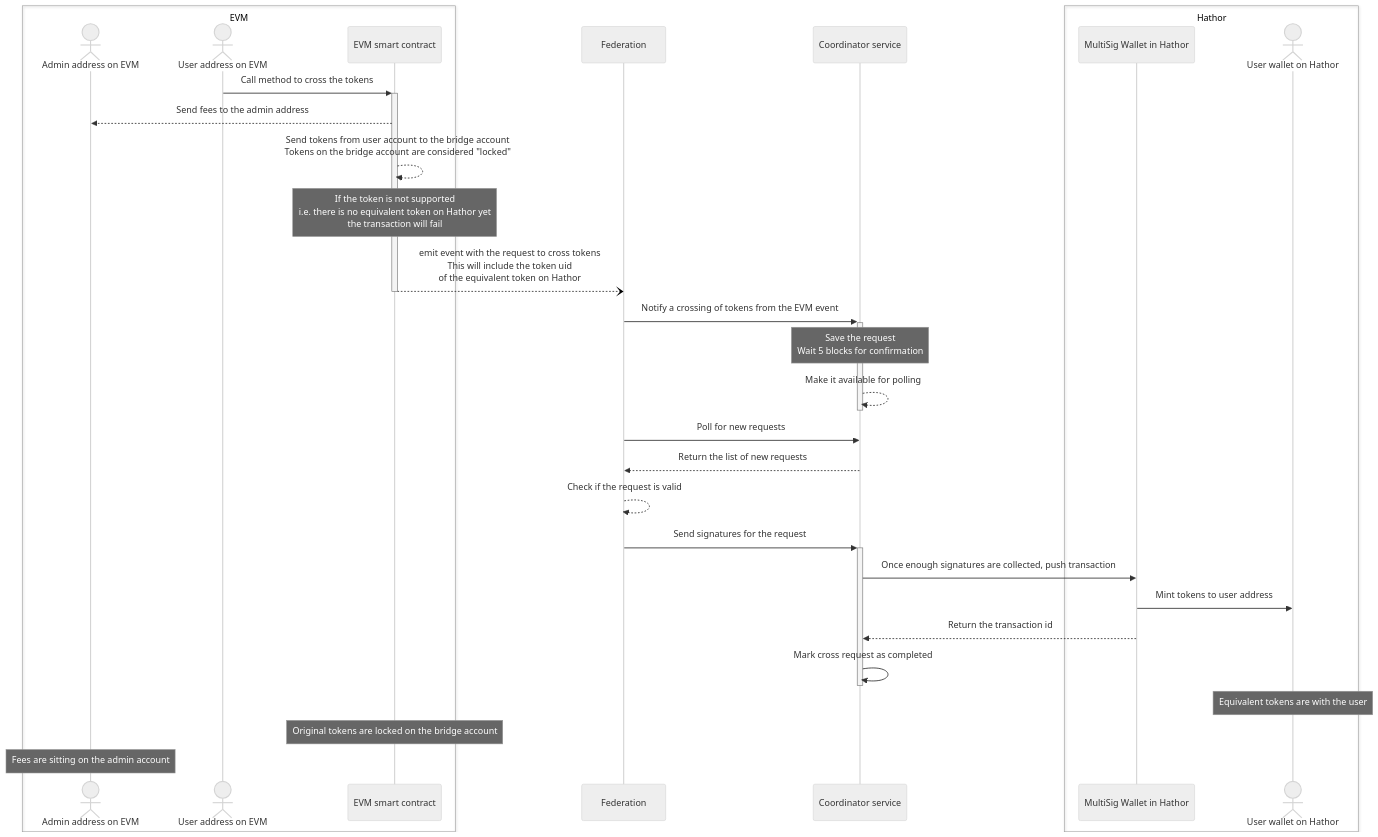
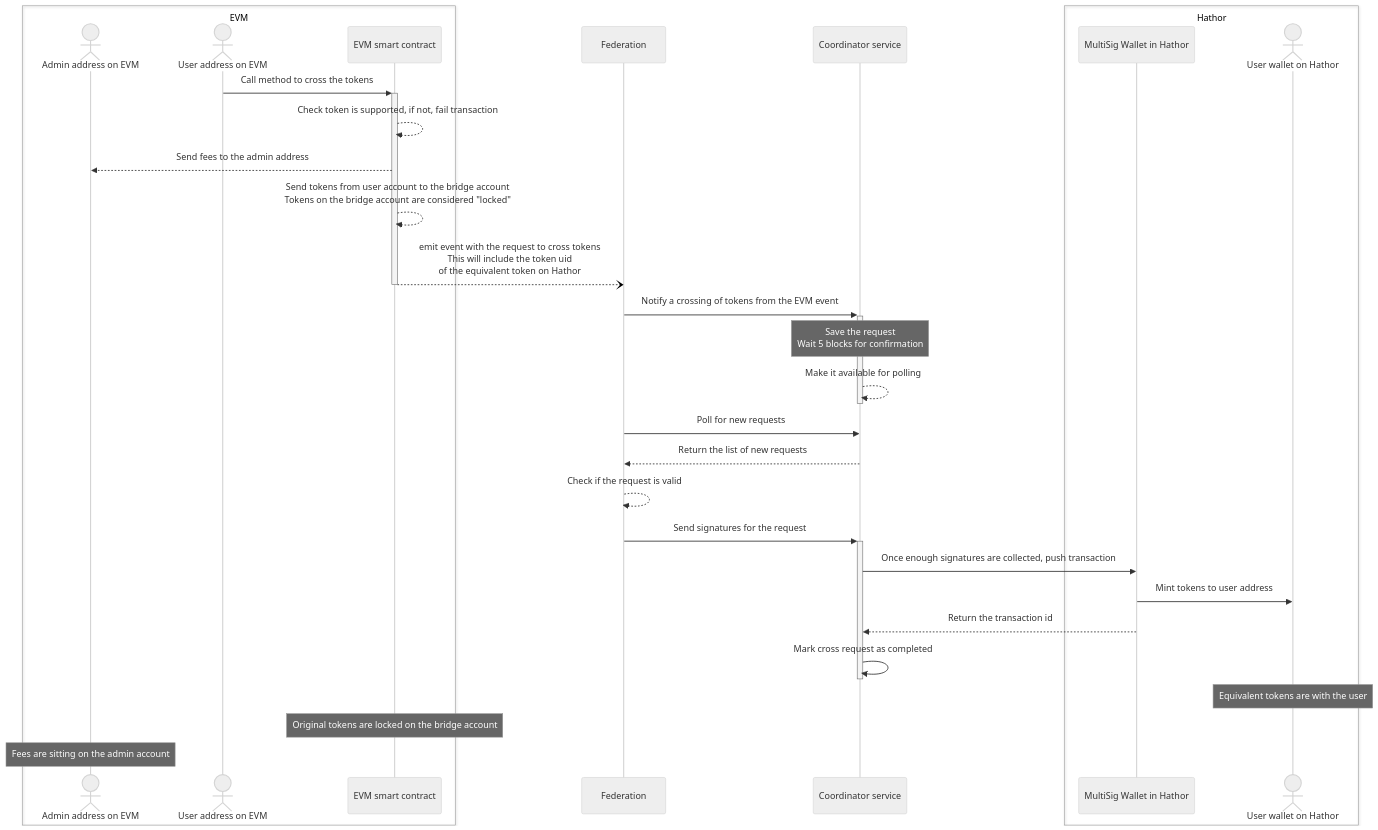
The fourth of 6 diagrams in projects/evm-compatible-bridge/design.md (HathorNetwork/rfcs), drawn with Mermaid (neutral theme) before and after one commit. The commit also changed other lines of this file and 2 other files, not shown here.

````diff
--- a/projects/evm-compatible-bridge/design.md
+++ b/projects/evm-compatible-bridge/design.md
@@ -172,35 +172,35 @@
 ```mermaid
 sequenceDiagram
   box EVM
   actor admin as Admin address on EVM
   actor userE as User address on EVM
   participant evm as EVM smart contract
   end
   participant fed as Federation
   participant cood as Coordinator service
   box Hathor
   participant ms as MultiSig Wallet in Hathor
   actor userH as User wallet on Hathor
   end
   
   userE->>+evm: Call method to cross the tokens
+  evm-->>evm: Check token is supported, if not, fail transaction
   evm-->>admin: Send fees to the admin address
   evm-->>evm: Send tokens from user account to the bridge account<br/>Tokens on the bridge account are considered "locked"
-  Note over evm: If the token is not supported<br/>i.e. there is no equivalent token on Hathor yet<br/>the transaction will fail
   evm--)-fed: emit event with the request to cross tokens<br/>This will include the token uid<br/>of the equivalent token on Hathor
   fed->>+cood: Notify a crossing of tokens from the EVM event
   Note over cood: Save the request<br/>Wait 5 blocks for confirmation
   cood-->>-cood: Make it available for polling
 
   fed->>cood: Poll for new requests
   cood-->>fed: Return the list of new requests
   fed-->>fed: Check if the request is valid
   fed->>+cood: Send signatures for the request
   cood->>ms: Once enough signatures are collected, push transaction
   ms->>userH: Mint tokens to user address
   ms-->>cood: Return the transaction id
   cood->>-cood: Mark cross request as completed
   Note over userH: Equivalent tokens are with the user
   Note over evm: Original tokens are locked on the bridge account
   Note over admin: Fees are sitting on the admin account
 ```
````
